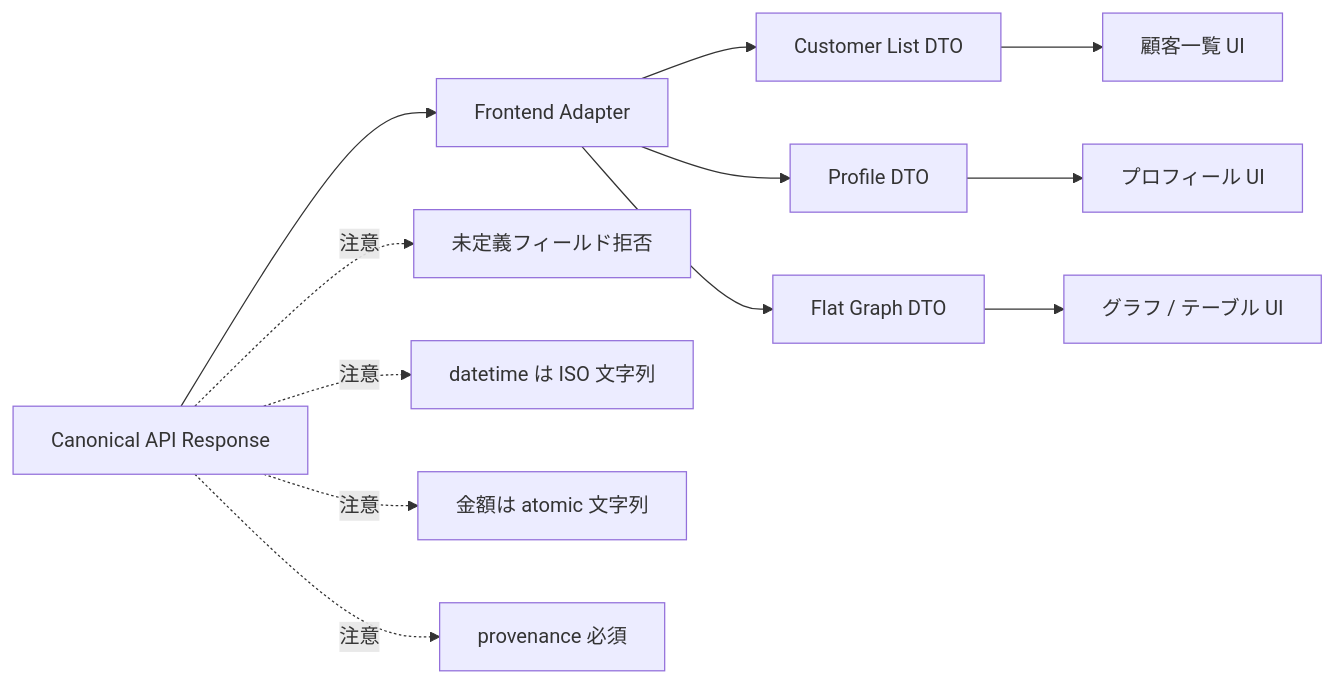
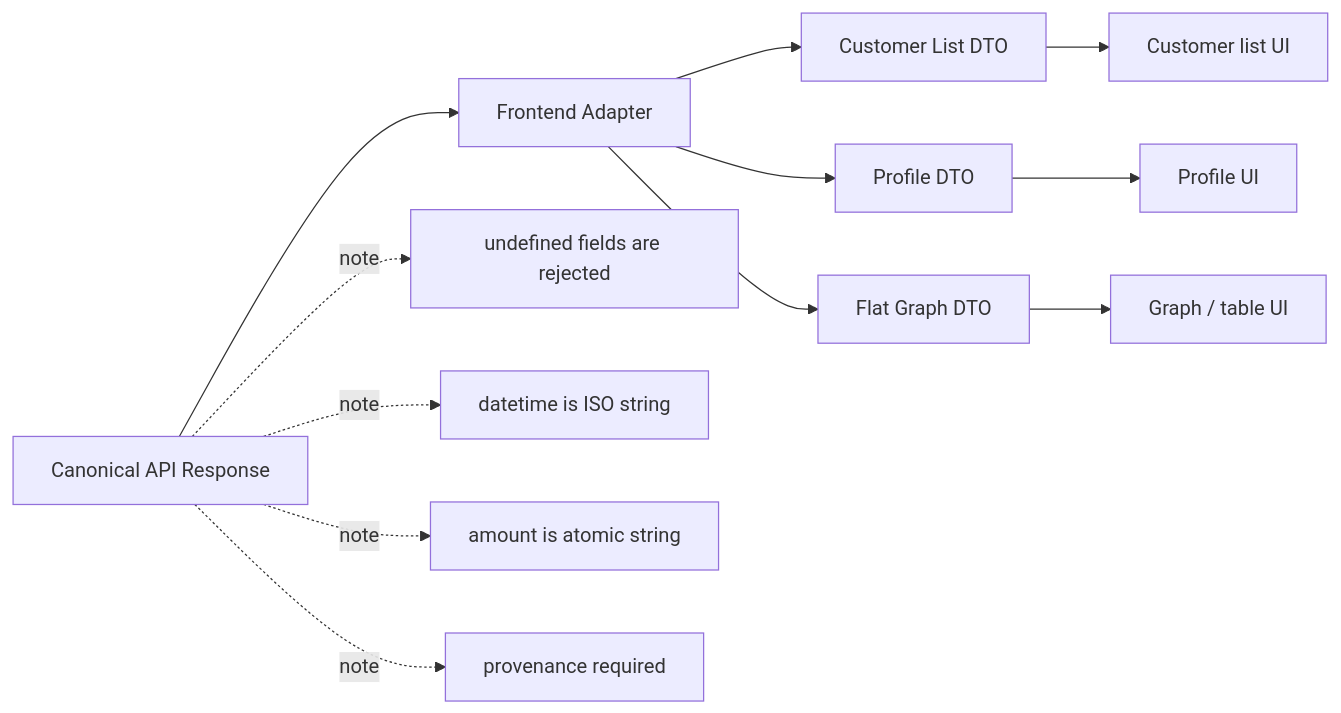
Before and after one commit to flovia/poc: the seventh of 7 diagrams in docs/phase-b/api-contract.md, drawn with Mermaid. The commit also changed other lines of this file and 54 other files, not shown here.

````diff
--- a/docs/phase-b/api-contract.md
+++ b/docs/phase-b/api-contract.md
@@ -275,19 +275,19 @@
 ```mermaid
 flowchart LR
     Canonical["Canonical API Response"]
 
     Canonical --> Adapter["Frontend Adapter"]
 
     Adapter --> ListDTO["Customer List DTO"]
     Adapter --> ProfileDTO["Profile DTO"]
     Adapter --> FlatGraphDTO["Flat Graph DTO"]
 
-    ListDTO --> UIList["顧客一覧 UI"]
-    ProfileDTO --> UIProfile["プロフィール UI"]
-    FlatGraphDTO --> UIGraph["グラフ / テーブル UI"]
+    ListDTO --> UIList["Customer list UI"]
+    ProfileDTO --> UIProfile["Profile UI"]
+    FlatGraphDTO --> UIGraph["Graph / table UI"]
 
-    Canonical -.注意.-> Strict["未定義フィールド拒否"]
-    Canonical -.注意.-> ISO["datetime は ISO 文字列"]
-    Canonical -.注意.-> Atomic["金額は atomic 文字列"]
-    Canonical -.注意.-> Provenance["provenance 必須"]
+    Canonical -."note".-> Strict["undefined fields are rejected"]
+    Canonical -."note".-> ISO["datetime is ISO string"]
+    Canonical -."note".-> Atomic["amount is atomic string"]
+    Canonical -."note".-> Provenance["provenance required"]
 ```
````
